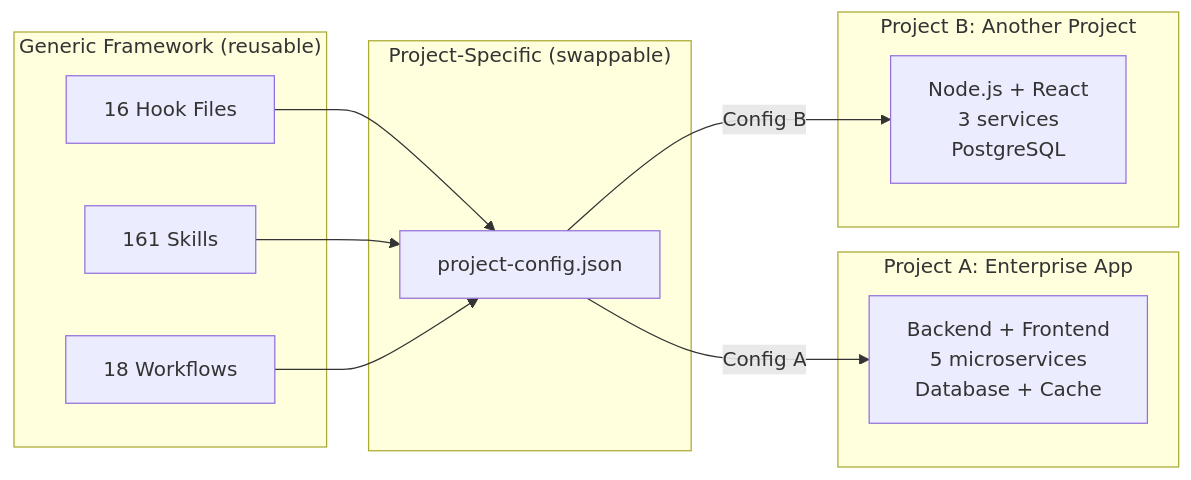
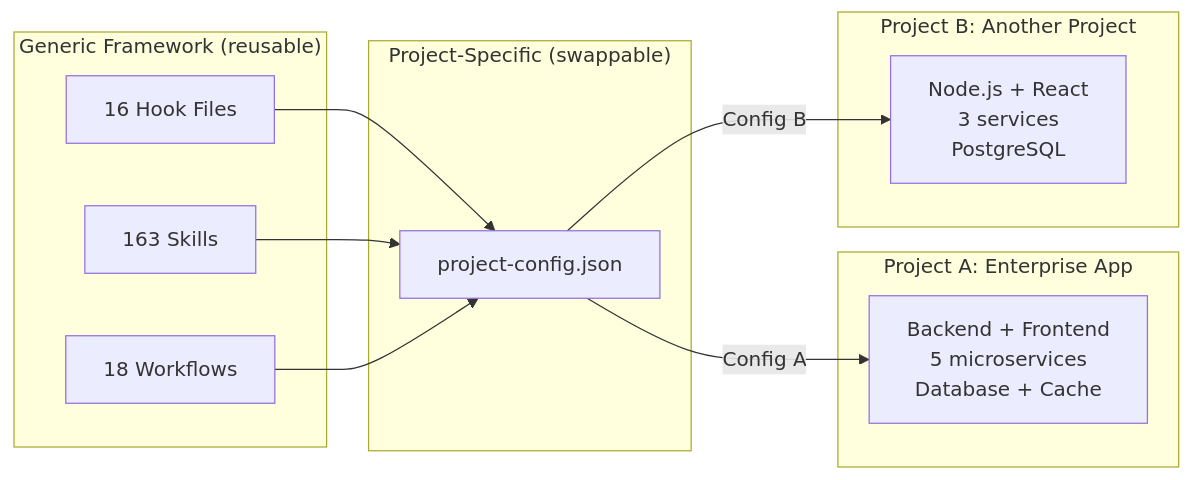
One commit to duc01226/easy-claude changed the eighth of 20 diagrams in .claude/docs/claude-ai-agent-framework-guide.md. Above: the diagram before and after it, drawn with Mermaid. The commit also changed other lines of this file and 24 other files, not shown here.

````diff
--- a/.claude/docs/claude-ai-agent-framework-guide.md
+++ b/.claude/docs/claude-ai-agent-framework-guide.md
@@ -878,24 +878,24 @@
 ```mermaid
 graph LR
     subgraph "Generic Framework (reusable)"
         H[16 Hook Files]
-        S[161 Skills]
+        S[163 Skills]
         W[18 Workflows]
     end
 
     subgraph "Project-Specific (swappable)"
         PC[project-config.json]
     end
 
     subgraph "Project A: Enterprise App"
         PA[Backend + Frontend<br/>5 microservices<br/>Database + Cache]
     end
 
     subgraph "Project B: Another Project"
         PB[Node.js + React<br/>3 services<br/>PostgreSQL]
     end
 
     H & S & W --> PC
     PC -->|Config A| PA
     PC -->|Config B| PB
 ```
````
